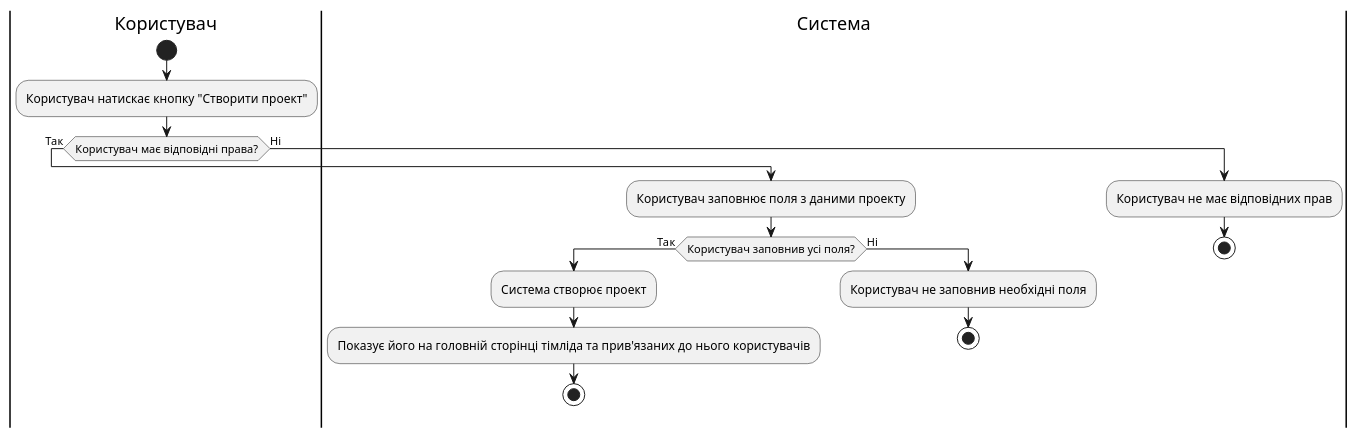
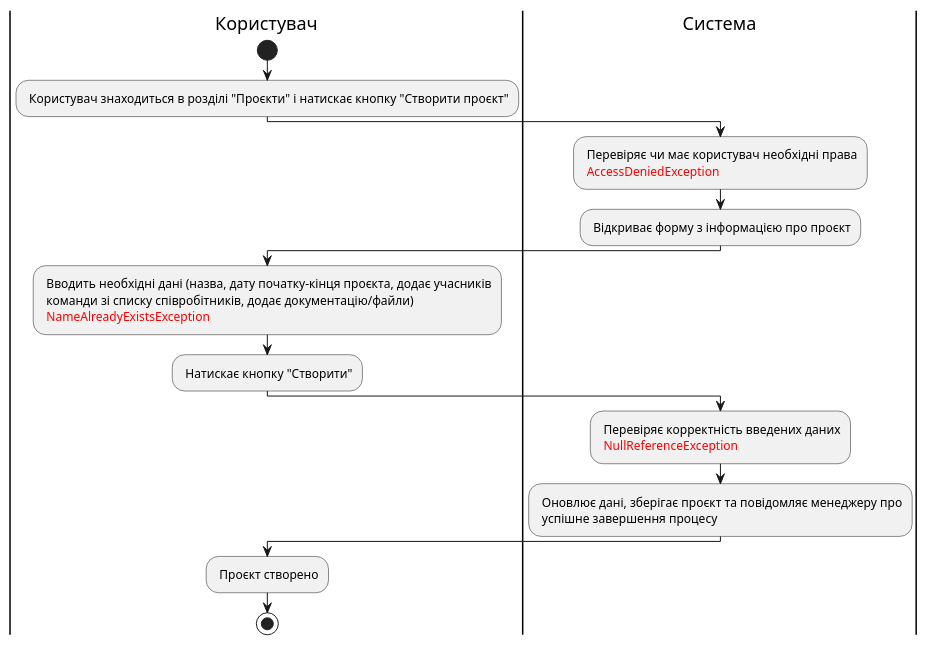
Before and after one commit to makssvelichko/edu_db_labs: diagram 13 of 20 in docs/use cases/README.md, drawn with PlantUML. The commit also changed other lines of this file, not shown here.

Commit message:
Changed UML diagrams

```diff
--- a/docs/use cases/README.md
+++ b/docs/use cases/README.md
@@ -430,24 +430,26 @@
 @startuml
 
-|Користувач|
-start;
-:Користувач натискає кнопку "Створити проект";
-if (Користувач має відповідні права?) then (Так)
+    |Користувач|
+    start;
+        : Користувач знаходиться в розділі "Проєкти" і натискає кнопку "Створити проєкт";
+     |Система|
+        : Перевіряє чи має користувач необхідні права
+         <font color="red">AccessDeniedException</font>;
+        : Відкриває форму з інформацією про проєкт;    
+    |Користувач|
+        : Вводить необхідні дані (назва, дату початку-кінця проєкта, додає учасників 
+         команди зі списку співробітників, додає документацію/файли)
+         <font color="red">NameAlreadyExistsException</font>;
+    |Користувач|
+        : Натискає кнопку "Створити";
     |Система|
-    :Користувач заповнює поля з даними проекту;
-    if (Користувач заповнив усі поля?) then (Так)
-        :Система створює проект;
-        :Показує його на головній сторінці тімліда та прив'язаних до нього користувачів;
-        stop;
-    else (Ні)
-        |Система|
-        :Користувач не заповнив необхідні поля;
-        stop;
-    endif
-else (Ні)
+        : Перевіряє корректність введених даних
+         <font color="red">NullReferenceException</font>;
     |Система|
-    :Користувач не має відповідних прав;
+        : Оновлює дані, зберігає проєкт та повідомляє менеджеру про
+         успішне завершення процесу;
+    |Користувач|
+        : Проєкт створено;
     stop;
-endif
 
 @enduml
```
